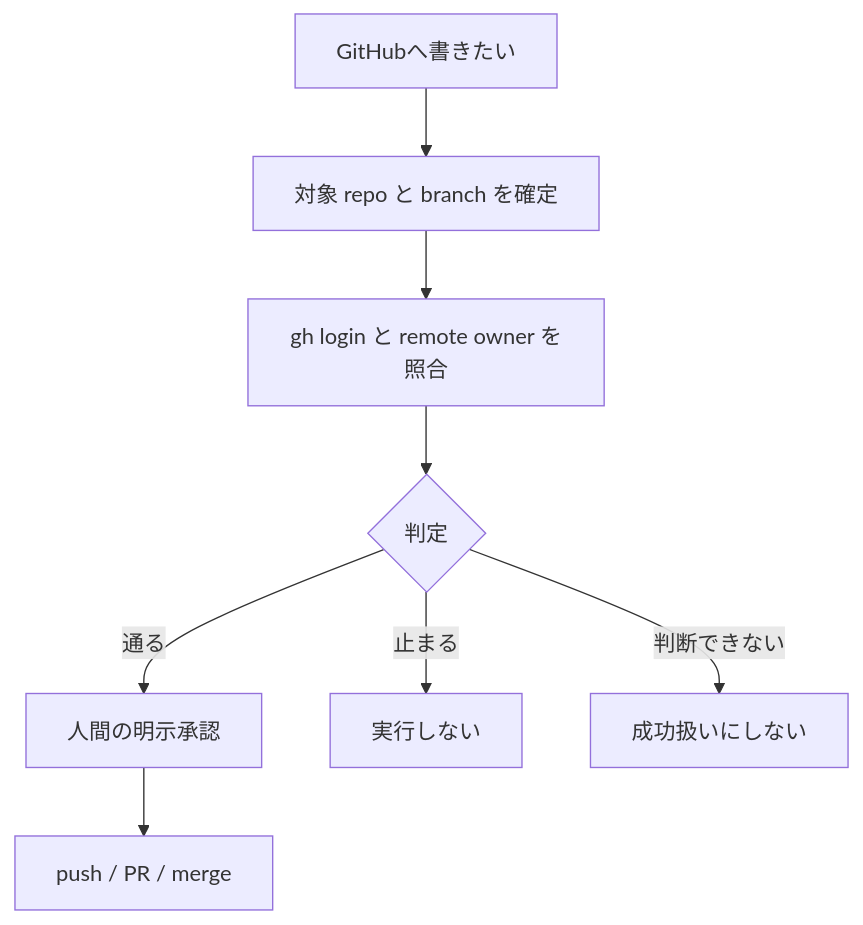
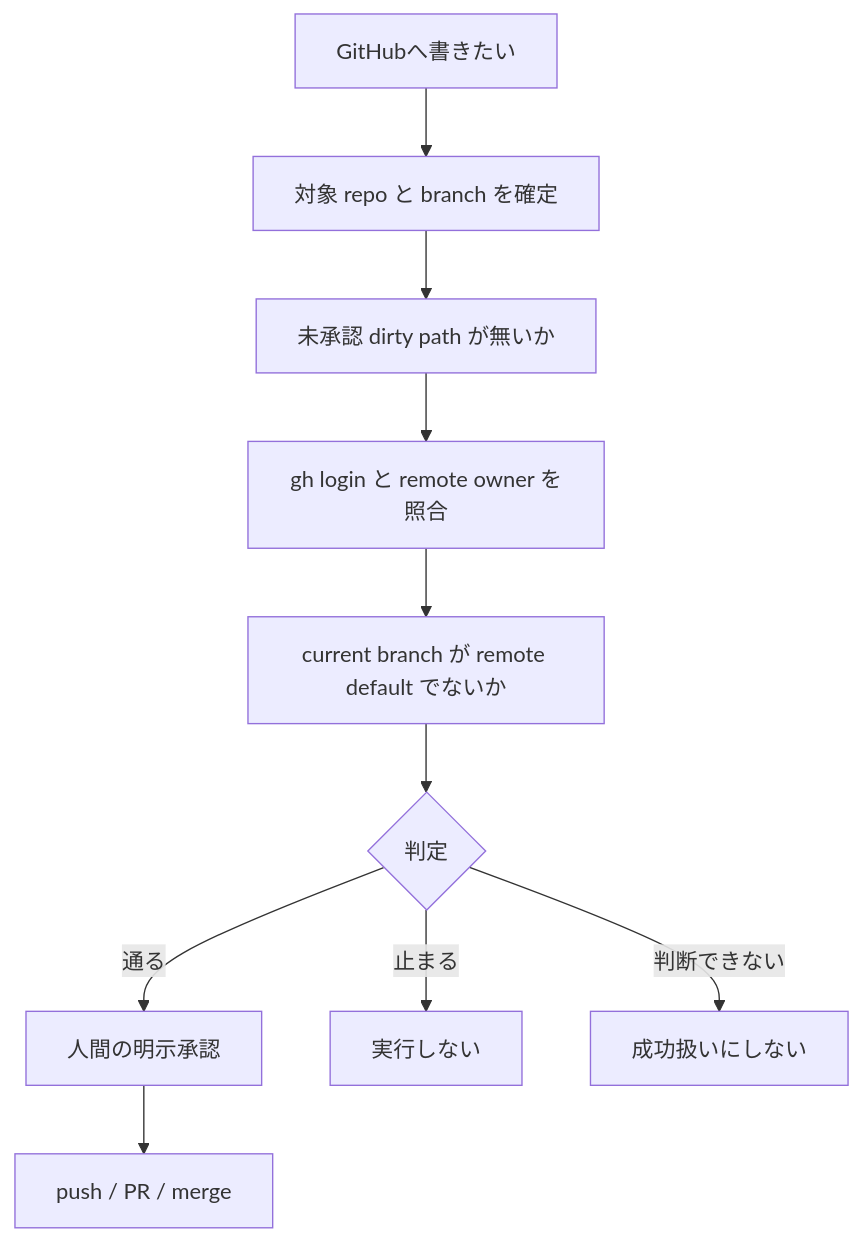
The diagram in README.md (nexus-ai-2045/github-ops-skills), drawn with Mermaid before and after one commit. The commit also changed other lines of this file and 5 other files, not shown here.

````diff
--- a/README.md
+++ b/README.md
@@ -13,10 +13,12 @@
 ```mermaid
 flowchart TD
     開始["GitHubへ書きたい"] --> 場所["対象 repo と branch を確定"]
-    場所 --> 名義["gh login と remote owner を照合"]
-    名義 --> 判定{"判定"}
+    場所 --> dirty["未承認 dirty path が無いか"]
+    dirty --> 名義["gh login と remote owner を照合"]
+    名義 --> default["current branch が remote default でないか"]
+    default --> 判定{"判定"}
     判定 -->|通る| 承認["人間の明示承認"]
     判定 -->|止まる| 停止["実行しない"]
     判定 -->|判断できない| 不明["成功扱いにしない"]
     承認 --> 実行["push / PR / merge"]
 ```
````
